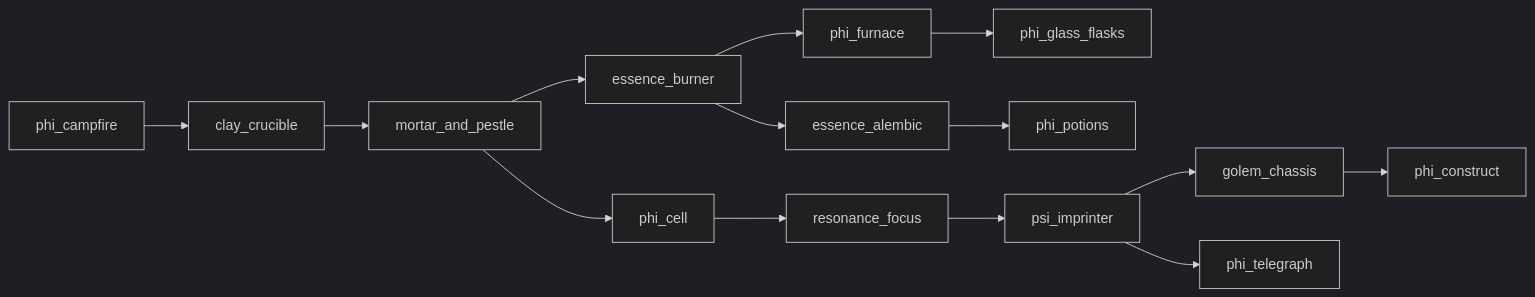
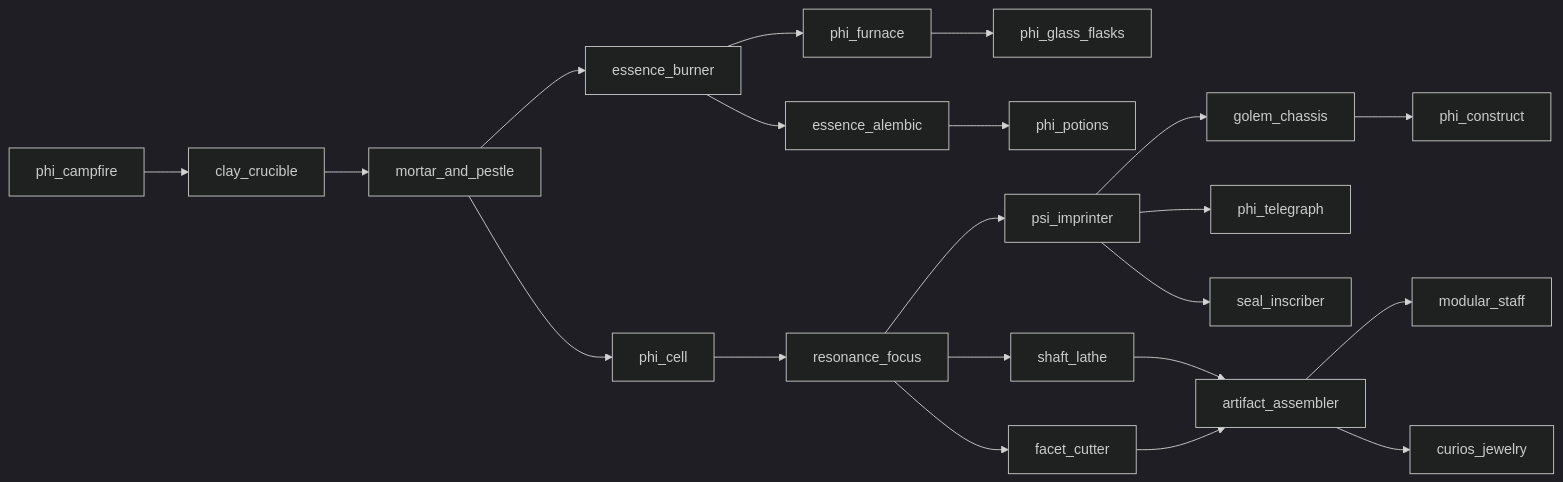
The diagram in docs/TECHNOMAGIC.md (pozikt/Effecoria-mod), drawn with Mermaid (dark theme) before and after one commit. The commit also changed other lines of this file and 157 other files, not shown here.

First line of the commit message:
Add Era III modular artifact craft with Curios jewelry and item seals.

````diff
--- a/docs/TECHNOMAGIC.md
+++ b/docs/TECHNOMAGIC.md
@@ -19,16 +19,23 @@
 ```mermaid
 flowchart LR
   campfire[phi_campfire] --> crucible[clay_crucible]
   crucible --> mortar[mortar_and_pestle]
   mortar --> burner[essence_burner]
   burner --> furnace[phi_furnace]
   burner --> alembic[essence_alembic]
   furnace --> glass[phi_glass_flasks]
   alembic --> potions[phi_potions]
   mortar --> cell[phi_cell]
   cell --> focus[resonance_focus]
   focus --> imprint[psi_imprinter]
   imprint --> chassis[golem_chassis]
   chassis --> construct[phi_construct]
   imprint --> telegraph[phi_telegraph]
+  focus --> lathe[shaft_lathe]
+  focus --> cutter[facet_cutter]
+  lathe --> assemble[artifact_assembler]
+  cutter --> assemble
+  assemble --> staff[modular_staff]
+  imprint --> inscriber[seal_inscriber]
+  assemble --> jewelry[curios_jewelry]
 ```
````
